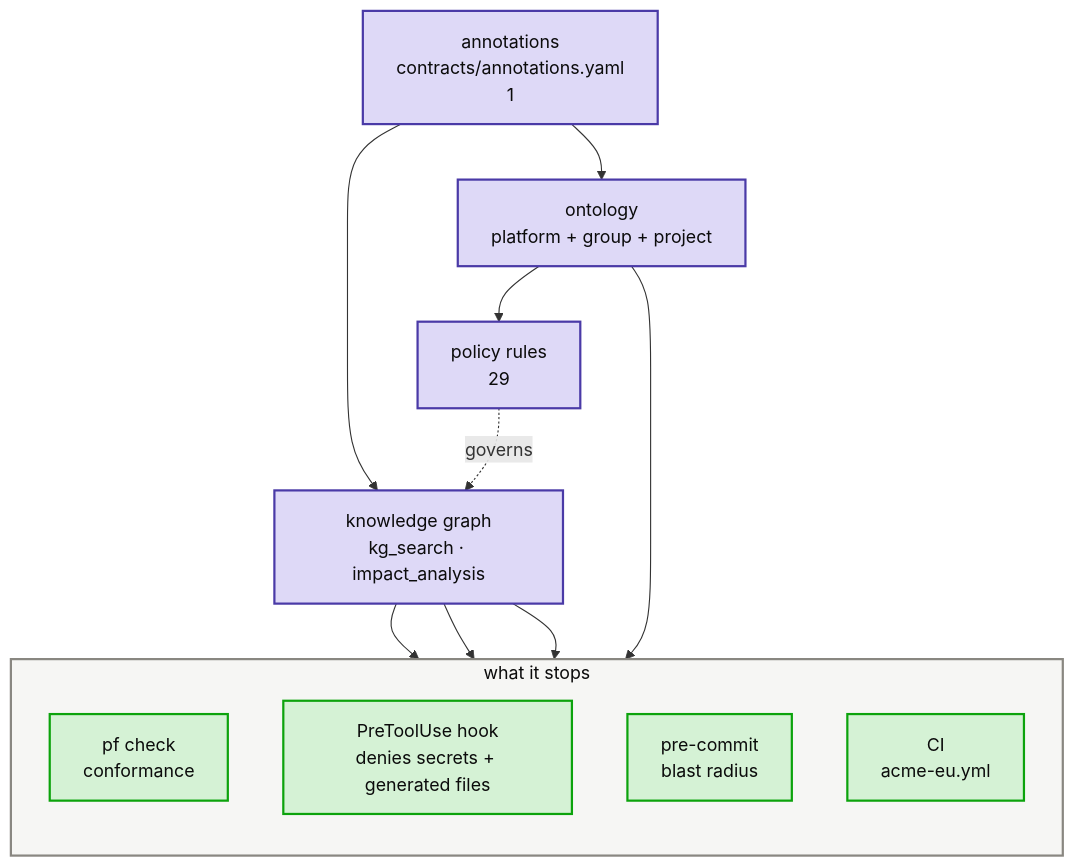
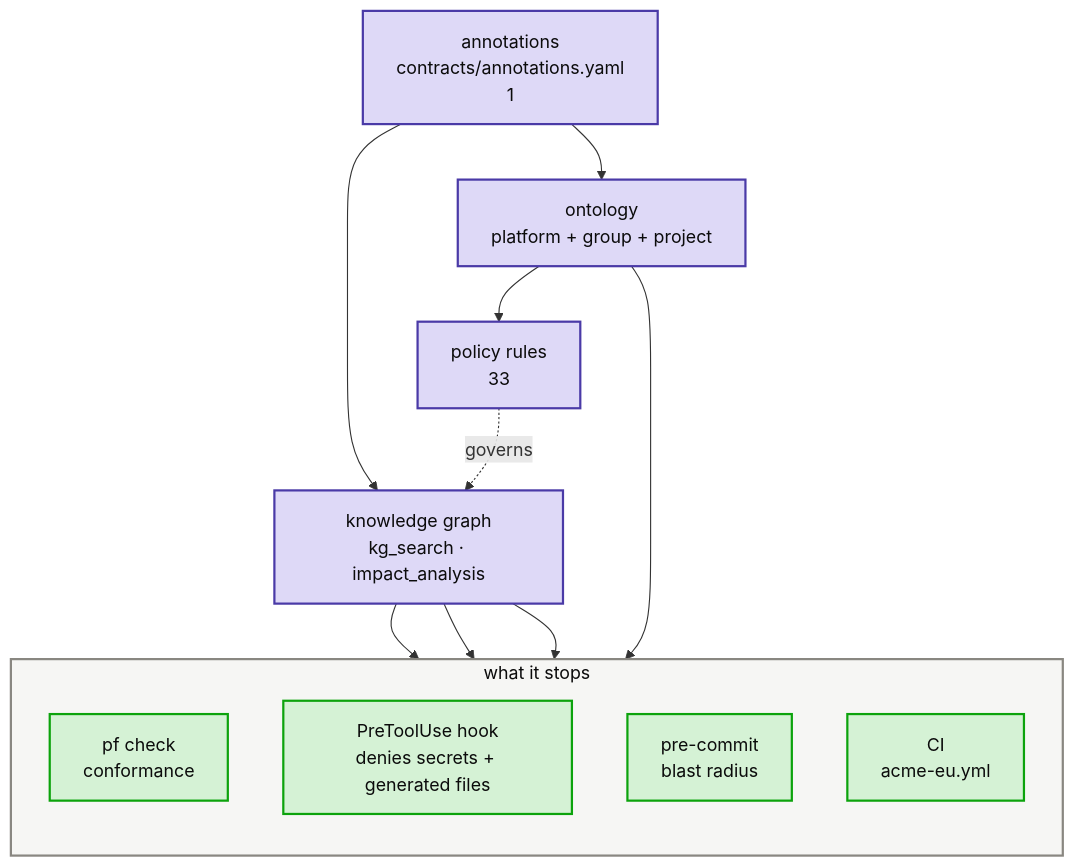
One commit to Atomz-org/data-platform changed the third of 3 diagrams in groups/acme/projects/acme-eu/kg/architecture.md. Above: the diagram before and after it, drawn with Mermaid. The commit also changed other lines of this file and 17 other files, not shown here.

First line of the commit message:
Rebuild the graphs and maps CI checks, for what this PR touches

````diff
--- a/groups/acme/projects/acme-eu/kg/architecture.md
+++ b/groups/acme/projects/acme-eu/kg/architecture.md
@@ -68,26 +68,26 @@
 ```mermaid
 flowchart TB
     A["annotations<br/>contracts/annotations.yaml<br/>1"]:::platform
     O["ontology<br/>platform + group + project"]:::platform
-    P["policy rules<br/>29"]:::platform
+    P["policy rules<br/>33"]:::platform
     K["knowledge graph<br/>kg_search · impact_analysis"]:::platform
     subgraph LG["what it stops"]
         direction TB
         E1["pf check<br/>conformance"]:::good
         E2["PreToolUse hook<br/>denies secrets + generated files"]:::good
         E3["pre-commit<br/>blast radius"]:::good
         E4["CI<br/>acme-eu.yml"]:::good
     end
     A --> O --> P
     A --> K
     P -.governs.-> K
     K --> E2
     K --> E3
     K --> E4
     O --> E1
     classDef platform fill:#ded9f7,stroke:#4a3aa7,stroke-width:2px,color:#0b0b0b
     classDef good fill:#d5f2d5,stroke:#0ca30c,stroke-width:2px,color:#0b0b0b
     classDef neutral fill:#e8e7e2,stroke:#898781,stroke-width:2px,color:#0b0b0b
     classDef lane fill:#f6f6f4,stroke:#898781,stroke-width:2px,color:#0b0b0b
     class LG lane
 ```
````
